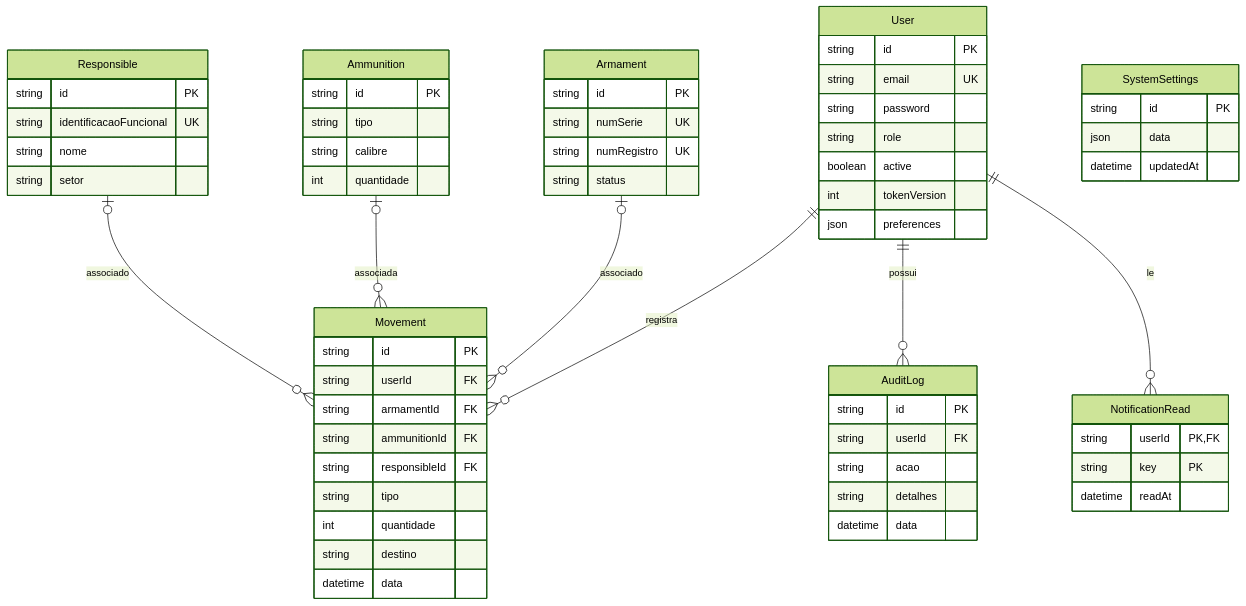
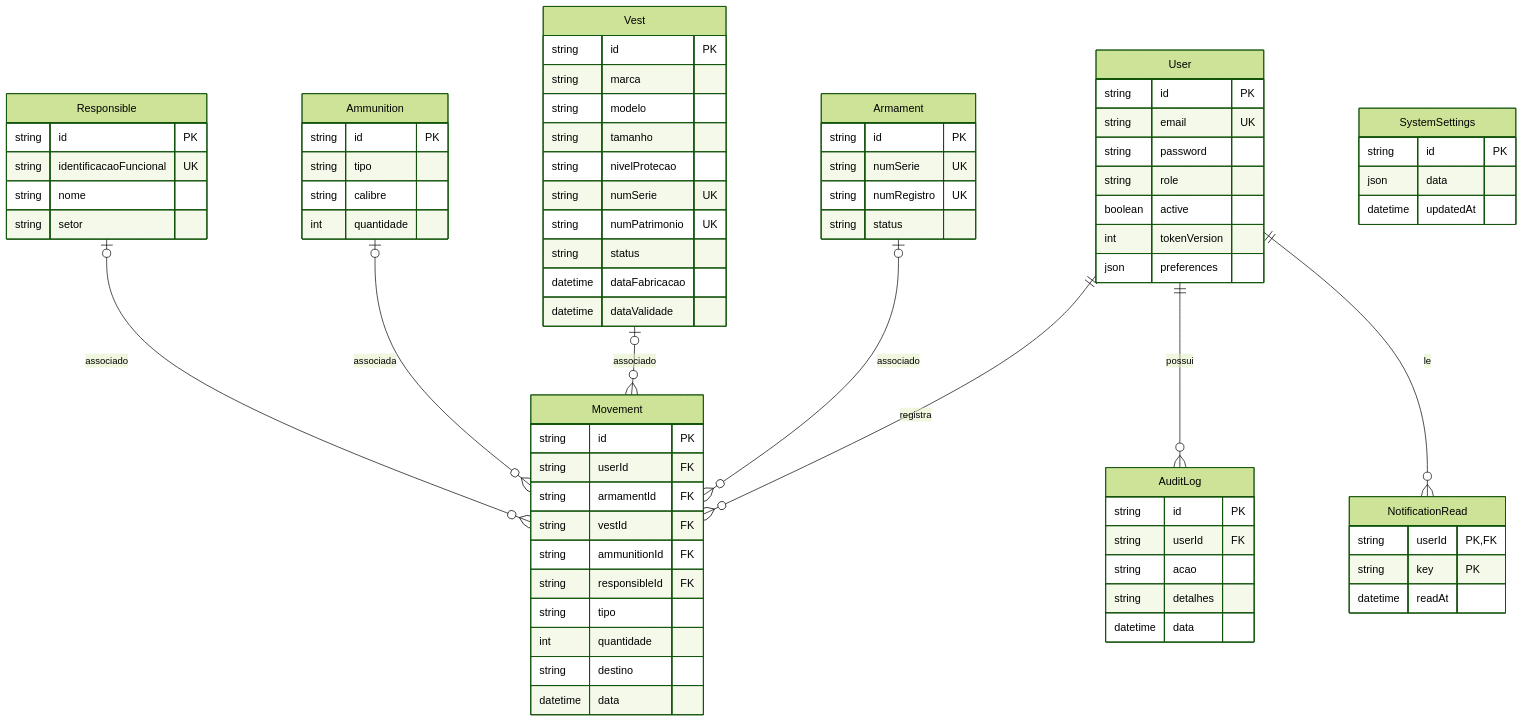
The fourth of 4 diagrams in docs/ARQUITETURA.md (PauloHenrique993940/AtivoControl), drawn with Mermaid (forest theme) before and after one commit. The commit also changed other lines of this file and 42 other files, not shown here.

````diff
--- a/docs/ARQUITETURA.md
+++ b/docs/ARQUITETURA.md
@@ -74,64 +75,78 @@
 ```mermaid
 erDiagram
   User ||--o{ Movement : registra
   User ||--o{ AuditLog : possui
   User ||--o{ NotificationRead : le
   Armament |o--o{ Movement : associado
+  Vest |o--o{ Movement : associado
   Ammunition |o--o{ Movement : associada
   Responsible |o--o{ Movement : associado
   User {
     string id PK
     string email UK
     string password
     string role
     boolean active
     int tokenVersion
     json preferences
   }
   Armament {
     string id PK
     string numSerie UK
     string numRegistro UK
     string status
   }
   Ammunition {
     string id PK
     string tipo
     string calibre
     int quantidade
   }
+  Vest {
+    string id PK
+    string marca
+    string modelo
+    string tamanho
+    string nivelProtecao
+    string numSerie UK
+    string numPatrimonio UK
+    string status
+    datetime dataFabricacao
+    datetime dataValidade
+  }
   Responsible {
     string id PK
     string identificacaoFuncional UK
     string nome
     string setor
   }
   Movement {
     string id PK
     string userId FK
     string armamentId FK
+    string vestId FK
     string ammunitionId FK
     string responsibleId FK
     string tipo
     int quantidade
     string destino
     datetime data
   }
   AuditLog {
     string id PK
     string userId FK
     string acao
     string detalhes
     datetime data
   }
   SystemSettings {
     string id PK
     json data
     datetime updatedAt
   }
   NotificationRead {
     string userId PK,FK
     string key PK
     datetime readAt
   }
 ```
````
